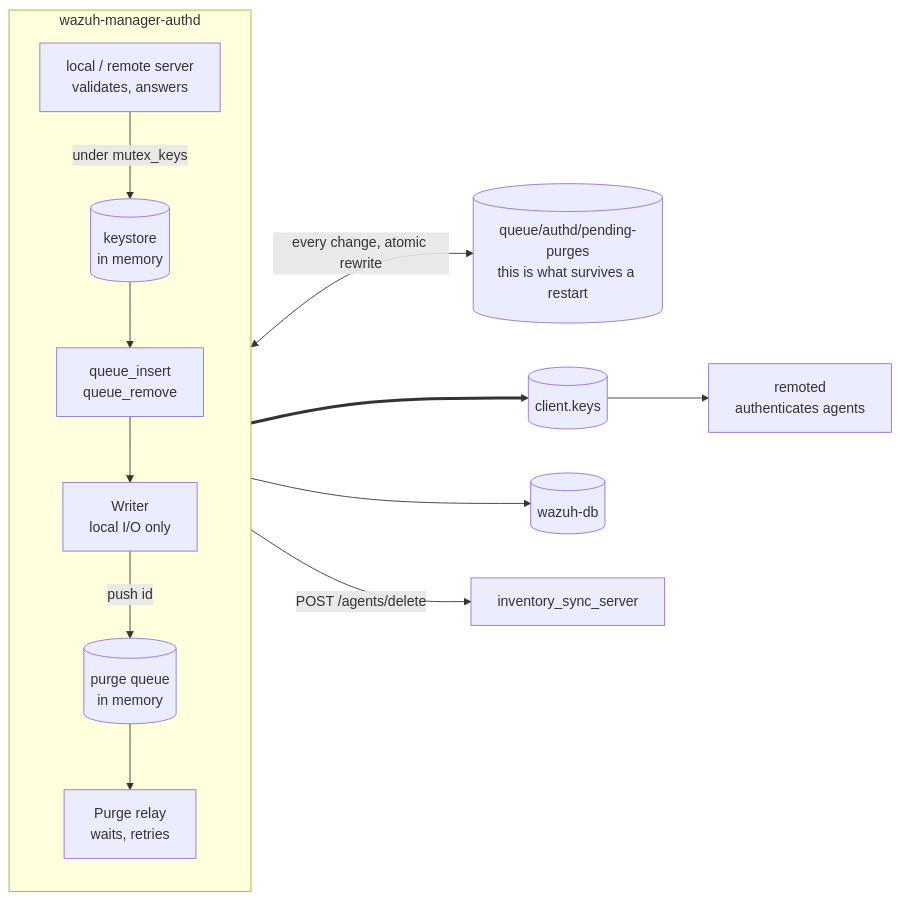
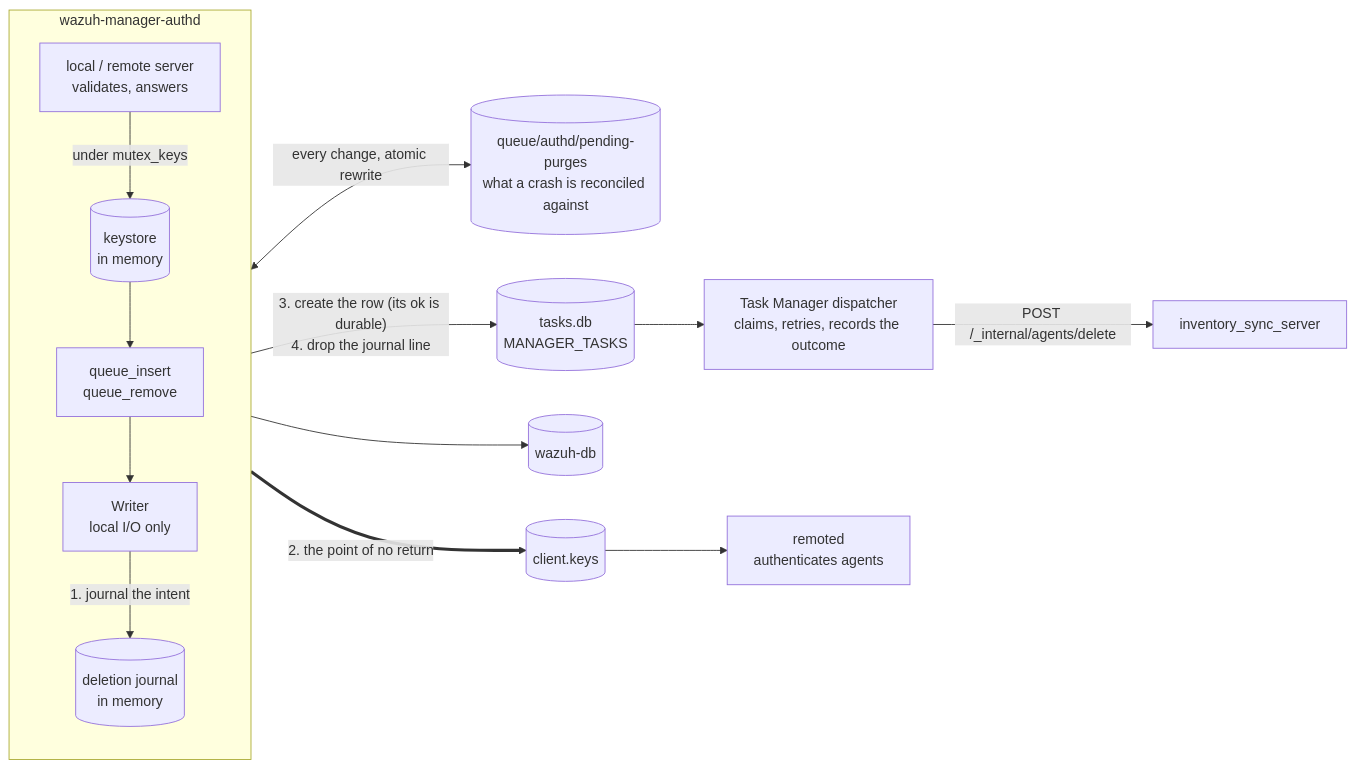
The first of 2 diagrams in src/os_auth/README.md (wazuh/wazuh), drawn with Mermaid before and after one commit. The commit also changed other lines of this file and 58 other files, not shown here.

Commit message:
feat: adapt delete agent to use new task manager

````diff
--- a/src/os_auth/README.md
+++ b/src/os_auth/README.md
@@ -114,16 +115,17 @@
 ```mermaid
 flowchart LR
     subgraph AUTHD["wazuh-manager-authd"]
         direction TB
         SRV["local / remote server\nvalidates, answers"] -->|"under mutex_keys"| KS[(keystore\nin memory)]
         KS --> QR["queue_insert\nqueue_remove"]
         QR --> WR["Writer\nlocal I/O only"]
-        WR -->|"push id"| PQ[(purge queue\nin memory)]
-        PQ --> RL["Purge relay\nwaits, retries"]
+        WR -->|"1. journal the intent"| PJ[(deletion journal\nin memory)]
     end
-    PQ <-->|"every change, atomic rewrite"| PF[(queue/authd/pending-purges\nthis is what survives a restart)]
-    WR ==> CK[(client.keys)]
+    PJ <-->|"every change, atomic rewrite"| PF[(queue/authd/pending-purges\nwhat a crash is reconciled against)]
+    WR ==>|"2. the point of no return"| CK[(client.keys)]
     WR --> WDB[(wazuh-db)]
-    RL -->|"POST /agents/delete"| ISS["inventory_sync_server"]
+    WR -->|"3. create the row (its ok is durable)\n4. drop the journal line"| MT[(tasks.db\nMANAGER_TASKS)]
+    MT --> DISP["Task Manager dispatcher\nclaims, retries, records the outcome"]
+    DISP -->|"POST /_internal/agents/delete"| ISS["inventory_sync_server"]
     CK --> REM["remoted\nauthenticates agents"]
 ```
````
